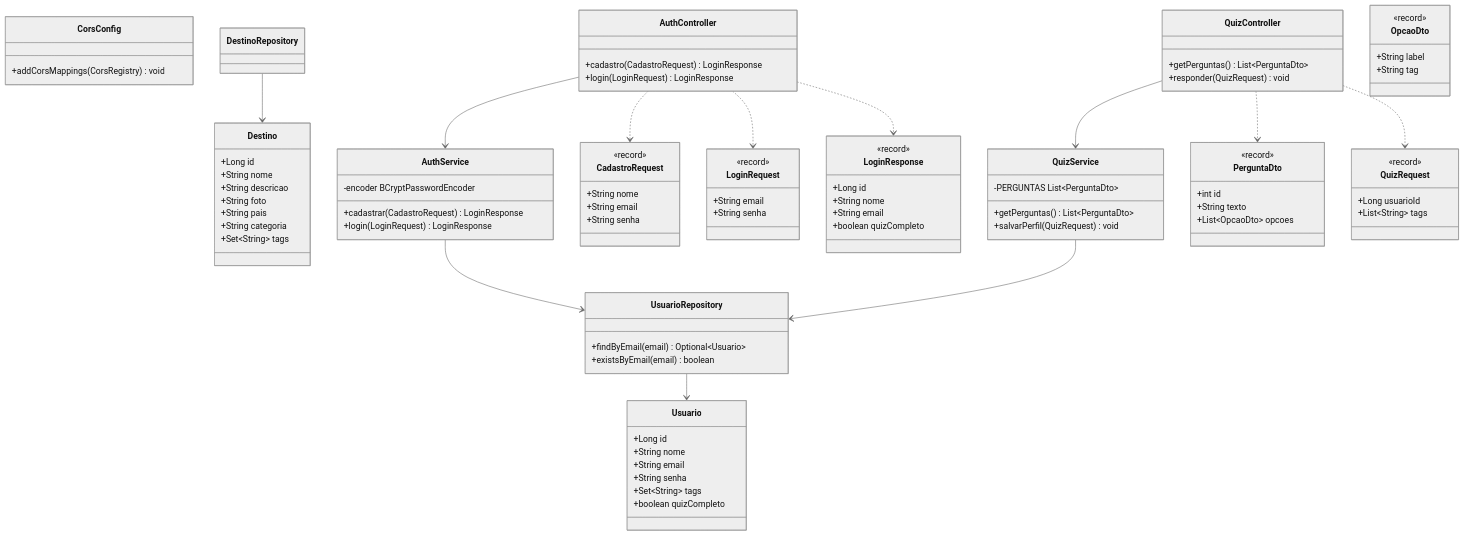
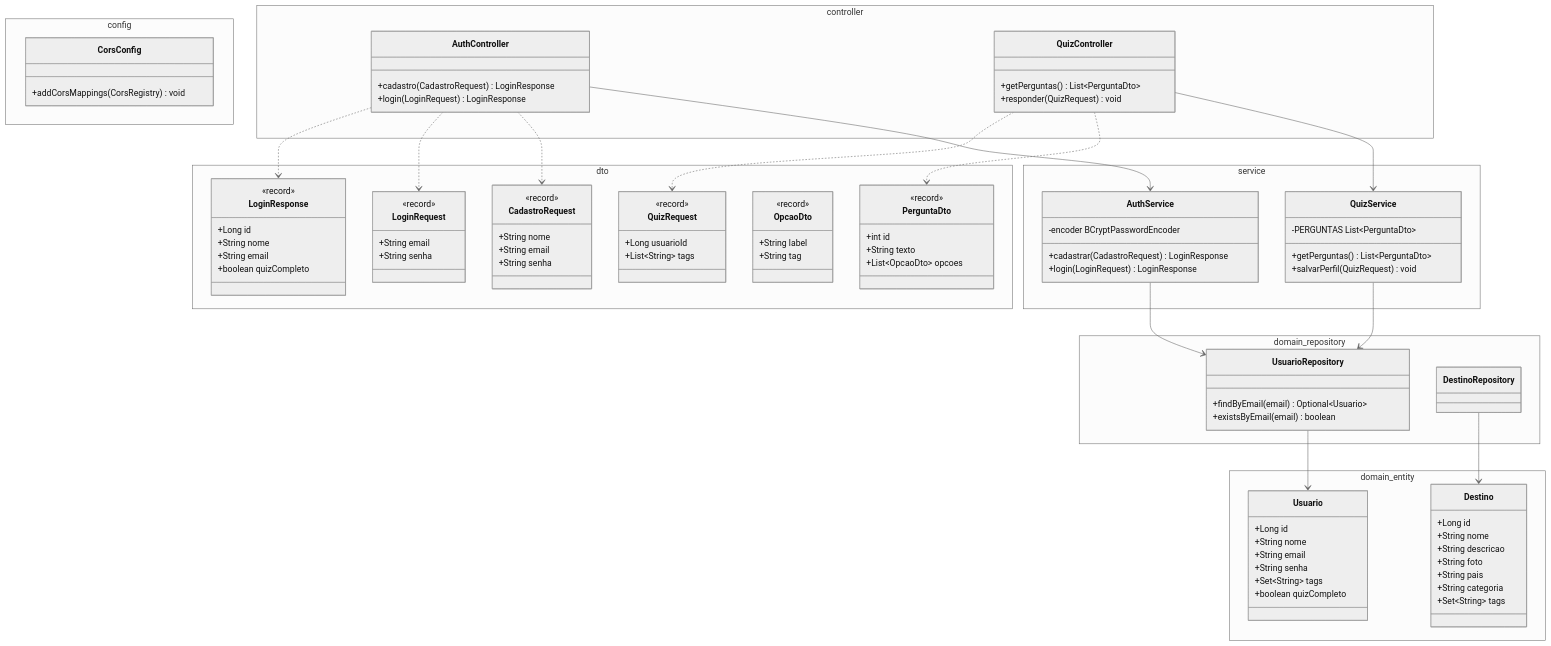
The third of 5 diagrams in README.md (ENG-SOFT-SMART-TOUR/trips-signature), drawn with Mermaid (neutral theme) before and after one commit. The commit also changed other lines of this file and 6 other files, not shown here.

First line of the commit message:
feat(arch): add layered architecture and API structure YGG-19

````diff
--- a/README.md
+++ b/README.md
@@ -116,86 +138,98 @@
 ```mermaid
 classDiagram
-    class CorsConfig {
-        +addCorsMappings(CorsRegistry) void
+    namespace config {
+        class CorsConfig {
+            +addCorsMappings(CorsRegistry) void
+        }
     }
 
-    class AuthController {
-        +cadastro(CadastroRequest) LoginResponse
-        +login(LoginRequest) LoginResponse
-    }
-    class QuizController {
-        +getPerguntas() List~PerguntaDto~
-        +responder(QuizRequest) void
+    namespace controller {
+        class AuthController {
+            +cadastro(CadastroRequest) LoginResponse
+            +login(LoginRequest) LoginResponse
+        }
+        class QuizController {
+            +getPerguntas() List~PerguntaDto~
+            +responder(QuizRequest) void
+        }
     }
 
-    class AuthService {
-        +cadastrar(CadastroRequest) LoginResponse
-        +login(LoginRequest) LoginResponse
-        -encoder BCryptPasswordEncoder
-    }
-    class QuizService {
-        +getPerguntas() List~PerguntaDto~
-        +salvarPerfil(QuizRequest) void
-        -PERGUNTAS List~PerguntaDto~
+    namespace service {
+        class AuthService {
+            +cadastrar(CadastroRequest) LoginResponse
+            +login(LoginRequest) LoginResponse
+            -encoder BCryptPasswordEncoder
+        }
+        class QuizService {
+            +getPerguntas() List~PerguntaDto~
+            +salvarPerfil(QuizRequest) void
+            -PERGUNTAS List~PerguntaDto~
+        }
     }
 
-    class UsuarioRepository {
-        +findByEmail(email) Optional~Usuario~
-        +existsByEmail(email) boolean
-    }
-    class DestinoRepository
-
-    class Usuario {
-        +Long id
-        +String nome
-        +String email
-        +String senha
-        +Set~String~ tags
-        +boolean quizCompleto
-    }
-    class Destino {
-        +Long id
-        +String nome
-        +String descricao
-        +String foto
-        +String pais
-        +String categoria
-        +Set~String~ tags
+    namespace domain_entity {
+        class Usuario {
+            +Long id
+            +String nome
+            +String email
+            +String senha
+            +Set~String~ tags
+            +boolean quizCompleto
+        }
+        class Destino {
+            +Long id
+            +String nome
+            +String descricao
+            +String foto
+            +String pais
+            +String categoria
+            +Set~String~ tags
+        }
     }
 
-    class CadastroRequest {
-        <<record>>
-        +String nome
-        +String email
-        +String senha
+    namespace domain_repository {
+        class UsuarioRepository {
+            +findByEmail(email) Optional~Usuario~
+            +existsByEmail(email) boolean
+        }
+        class DestinoRepository
     }
-    class LoginRequest {
-        <<record>>
-        +String email
-        +String senha
-    }
-    class LoginResponse {
-        <<record>>
-        +Long id
-        +String nome
-        +String email
-        +boolean quizCompleto
-    }
-    class PerguntaDto {
-        <<record>>
-        +int id
-        +String texto
-        +List~OpcaoDto~ opcoes
-    }
-    class OpcaoDto {
-        <<record>>
-        +String label
-        +String tag
-    }
-    class QuizRequest {
-        <<record>>
-        +Long usuarioId
-        +List~String~ tags
+
+    namespace dto {
+        class CadastroRequest {
+            <<record>>
+            +String nome
+            +String email
+            +String senha
+        }
+        class LoginRequest {
+            <<record>>
+            +String email
+            +String senha
+        }
+        class LoginResponse {
+            <<record>>
+            +Long id
+            +String nome
+            +String email
+            +boolean quizCompleto
+        }
+        class PerguntaDto {
+            <<record>>
+            +int id
+            +String texto
+            +List~OpcaoDto~ opcoes
+        }
+        class OpcaoDto {
+            <<record>>
+            +String label
+            +String tag
+        }
+        class QuizRequest {
+            <<record>>
+            +Long usuarioId
+            +List~String~ tags
+        }
     }
 
     AuthController --> AuthService
````
